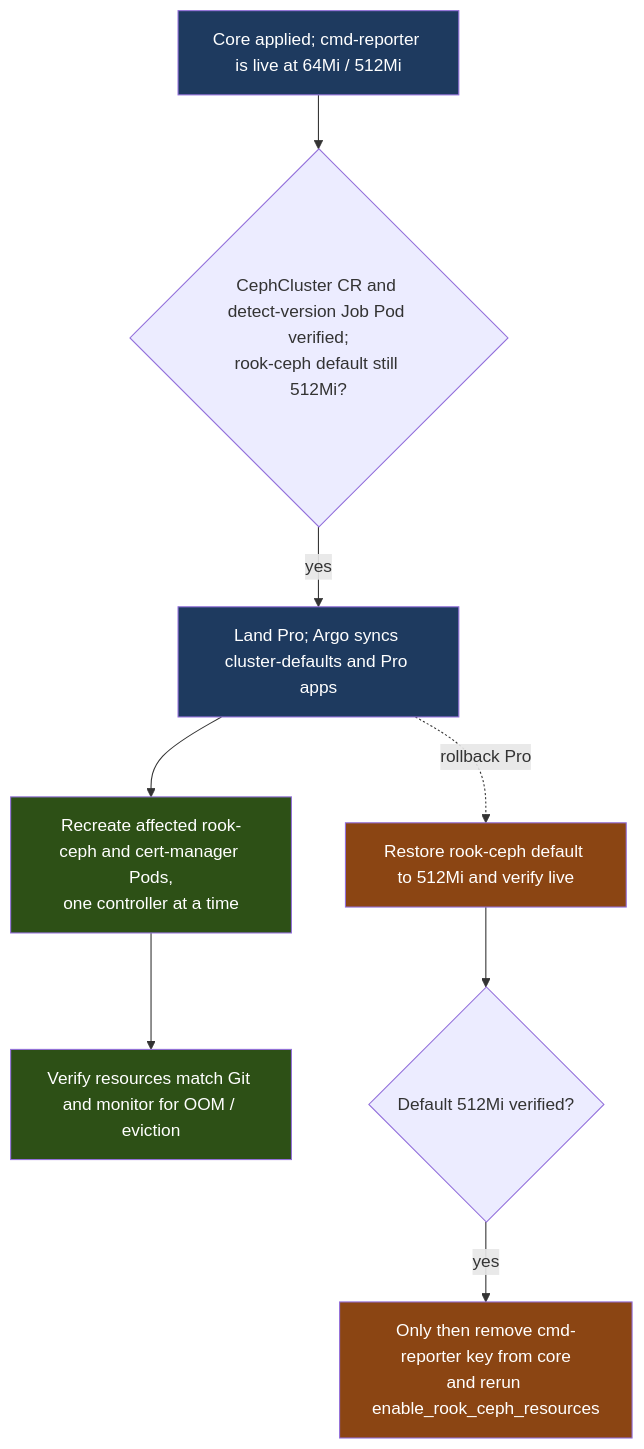
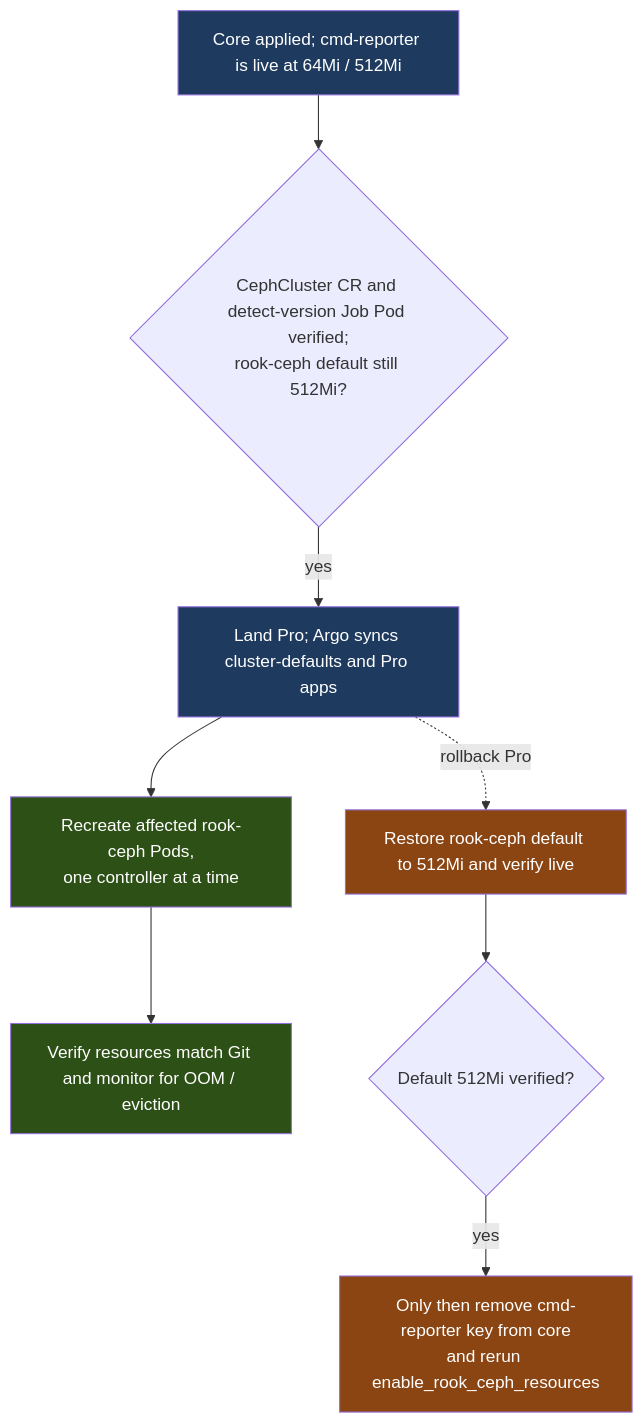
The fourth of 7 diagrams in docs/wiki/05-GitOps-and-IaC.md (seadogger-tech/seadogger-homelab), drawn with Mermaid before and after one commit. The commit also changed other lines of this file and 2 other files, not shown here.

Commit message:
docs: drop cert-manager restart from B0 rollout (OCE-621)

````diff
--- a/docs/wiki/05-GitOps-and-IaC.md
+++ b/docs/wiki/05-GitOps-and-IaC.md
@@ -203,16 +203,16 @@
 ```mermaid
 flowchart TD
   C["Core applied; cmd-reporter is live at 64Mi / 512Mi"] --> G{"CephCluster CR and detect-version Job Pod verified;<br/>rook-ceph default still 512Mi?"}
   G -->|yes| P["Land Pro; Argo syncs cluster-defaults and Pro apps"]
-  P --> R["Recreate affected rook-ceph and cert-manager Pods,<br/>one controller at a time"]
+  P --> R["Recreate affected rook-ceph Pods,<br/>one controller at a time"]
   R --> V["Verify resources match Git and monitor for OOM / eviction"]
   P -. "rollback Pro" .-> D["Restore rook-ceph default to 512Mi and verify live"]
   D --> K{"Default 512Mi verified?"}
   K -->|yes| X["Only then remove cmd-reporter key from core<br/>and rerun enable_rook_ceph_resources"]
   style C fill:#1e3a5f,color:#fff
   style P fill:#1e3a5f,color:#fff
   style R fill:#2d5016,color:#fff
   style V fill:#2d5016,color:#fff
   style D fill:#8b4513,color:#fff
   style X fill:#8b4513,color:#fff
 ```
````
